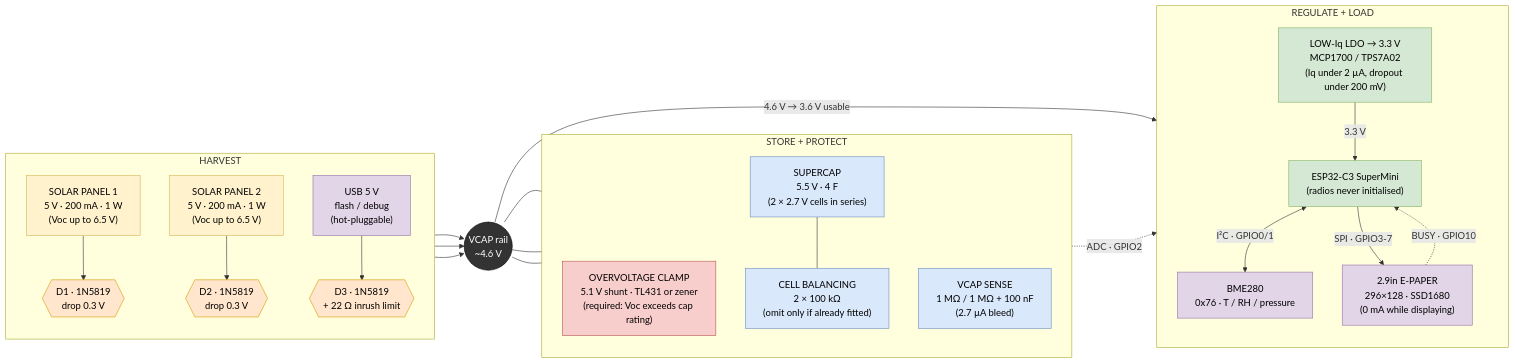
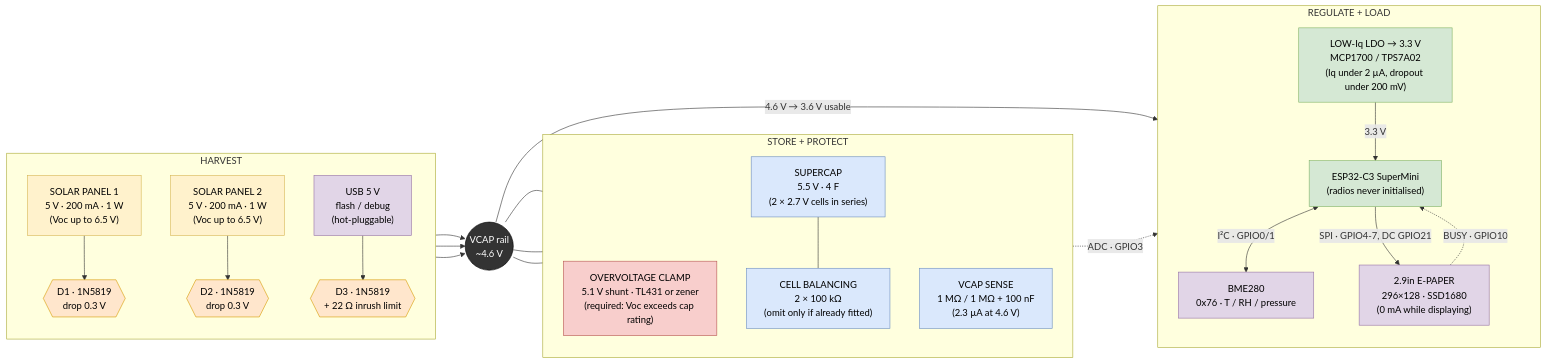
One commit to rolandblok/sensor_satellite changed the first of 2 diagrams in solar_node.md. Above: the diagram before and after it, drawn with Mermaid. The commit also changed other lines of this file and 8 other files, not shown here.

````diff
--- a/solar_node.md
+++ b/solar_node.md
@@ -52,64 +55,64 @@
 ```mermaid
 flowchart LR
     subgraph H["HARVEST"]
         direction TB
         SP1["SOLAR PANEL 1<br/>5 V · 200 mA · 1 W<br/>(Voc up to 6.5 V)"]
         SP2["SOLAR PANEL 2<br/>5 V · 200 mA · 1 W<br/>(Voc up to 6.5 V)"]
         USB["USB 5 V<br/>flash / debug<br/>(hot-pluggable)"]
         D1{{"D1 · 1N5819<br/>drop 0.3 V"}}
         D2{{"D2 · 1N5819<br/>drop 0.3 V"}}
         D3{{"D3 · 1N5819<br/>+ 22 Ω inrush limit"}}
         SP1 --> D1
         SP2 --> D2
         USB --> D3
     end
 
     RAIL(("VCAP rail<br/>~4.6 V"))
 
     subgraph S["STORE + PROTECT"]
         direction TB
         CLAMP["OVERVOLTAGE CLAMP<br/>5.1 V shunt · TL431 or zener<br/>(required: Voc exceeds cap rating)"]
         CAP["SUPERCAP<br/>5.5 V · 4 F<br/>(2 × 2.7 V cells in series)"]
         BAL["CELL BALANCING<br/>2 × 100 kΩ<br/>(omit only if already fitted)"]
-        DIV["VCAP SENSE<br/>1 MΩ / 1 MΩ + 100 nF<br/>(2.7 µA bleed)"]
+        DIV["VCAP SENSE<br/>1 MΩ / 1 MΩ + 100 nF<br/>(2.3 µA at 4.6 V)"]
         CAP --- BAL
     end
 
     subgraph L["REGULATE + LOAD"]
         direction TB
         LDO["LOW-Iq LDO → 3.3 V<br/>MCP1700 / TPS7A02<br/>(Iq under 2 µA, dropout under 200 mV)"]
         ESP["ESP32-C3 SuperMini<br/>(radios never initialised)"]
         BME["BME280<br/>0x76 · T / RH / pressure"]
         EPD["2.9in E-PAPER<br/>296×128 · SSD1680<br/>(0 mA while displaying)"]
     end
 
     D1 --> RAIL
     D2 --> RAIL
     D3 --> RAIL
     RAIL --- CLAMP
     RAIL --- CAP
     RAIL --- DIV
     RAIL -->|"4.6 V → 3.6 V usable"| LDO
     LDO -->|"3.3 V"| ESP
-    DIV -.->|"ADC · GPIO2"| ESP
+    DIV -.->|"ADC · GPIO3"| ESP
     ESP <-->|"I²C · GPIO0/1"| BME
-    ESP -->|"SPI · GPIO3-7"| EPD
+    ESP -->|"SPI · GPIO4-7, DC GPIO21"| EPD
     EPD -.->|"BUSY · GPIO10"| ESP
 
     classDef solar fill:#fff2cc,stroke:#d6b656,color:#000
     classDef diode fill:#ffe6cc,stroke:#d79b00,color:#000
     classDef store fill:#dae8fc,stroke:#6c8ebf,color:#000
     classDef warn  fill:#f8cecc,stroke:#b85450,color:#000
     classDef load  fill:#d5e8d4,stroke:#82b366,color:#000
     classDef peri  fill:#e1d5e7,stroke:#9673a6,color:#000
     classDef rail  fill:#333333,stroke:#000000,color:#fff
 
     class SP1,SP2 solar
     class USB peri
     class D1,D2,D3 diode
     class CAP,BAL,DIV store
     class CLAMP warn
     class LDO,ESP load
     class BME,EPD peri
     class RAIL rail
 ```
````
